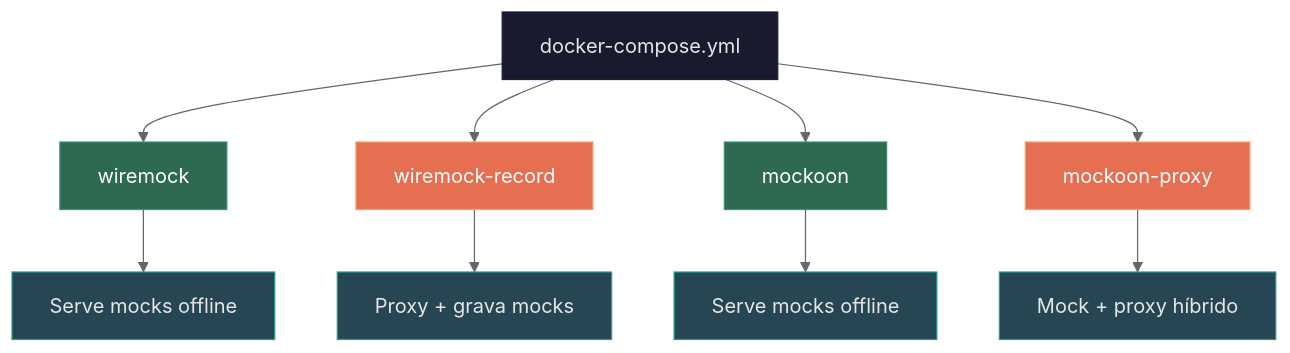
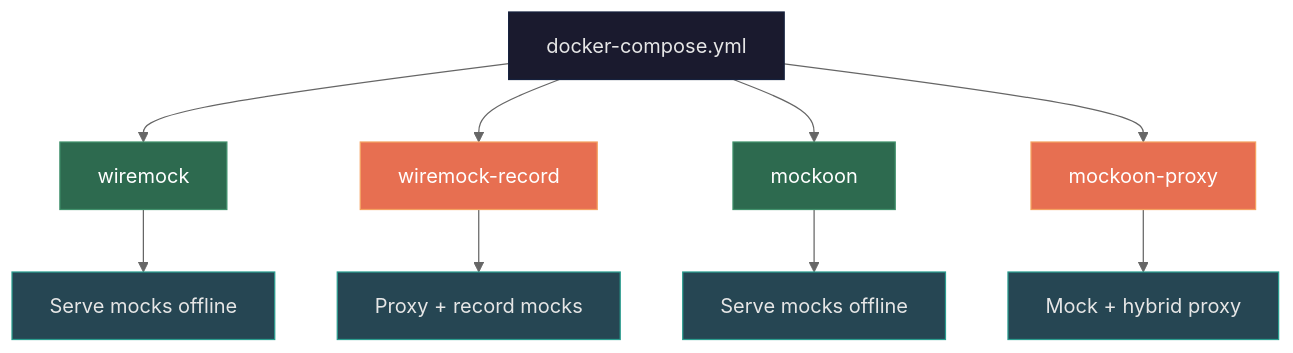
One commit to marcelo-davanco/stubrix changed the seventh of 7 diagrams in README.md. Above: the diagram before and after it, drawn with Mermaid (neutral theme). The commit also changed other lines of this file, not shown here.

````diff
--- a/README.md
+++ b/README.md
@@ -396,22 +517,22 @@
 ```mermaid
 graph TD
     DC["docker-compose.yml"] --> P1["wiremock"]
     DC --> P2["wiremock-record"]
     DC --> P3["mockoon"]
     DC --> P4["mockoon-proxy"]
 
     P1 --> S1["Serve mocks offline"]
-    P2 --> S2["Proxy + grava mocks"]
+    P2 --> S2["Proxy + record mocks"]
     P3 --> S3["Serve mocks offline"]
-    P4 --> S4["Mock + proxy híbrido"]
+    P4 --> S4["Mock + hybrid proxy"]
 
     style DC fill:#1a1a2e,color:#e6e6e6,stroke:#16213e
     style P1 fill:#2d6a4f,color:#fff,stroke:#40916c
     style P2 fill:#e76f51,color:#fff,stroke:#f4a261
     style P3 fill:#2d6a4f,color:#fff,stroke:#40916c
     style P4 fill:#e76f51,color:#fff,stroke:#f4a261
     style S1 fill:#264653,color:#e6e6e6,stroke:#2a9d8f
     style S2 fill:#264653,color:#e6e6e6,stroke:#2a9d8f
     style S3 fill:#264653,color:#e6e6e6,stroke:#2a9d8f
     style S4 fill:#264653,color:#e6e6e6,stroke:#2a9d8f
 ```
````
